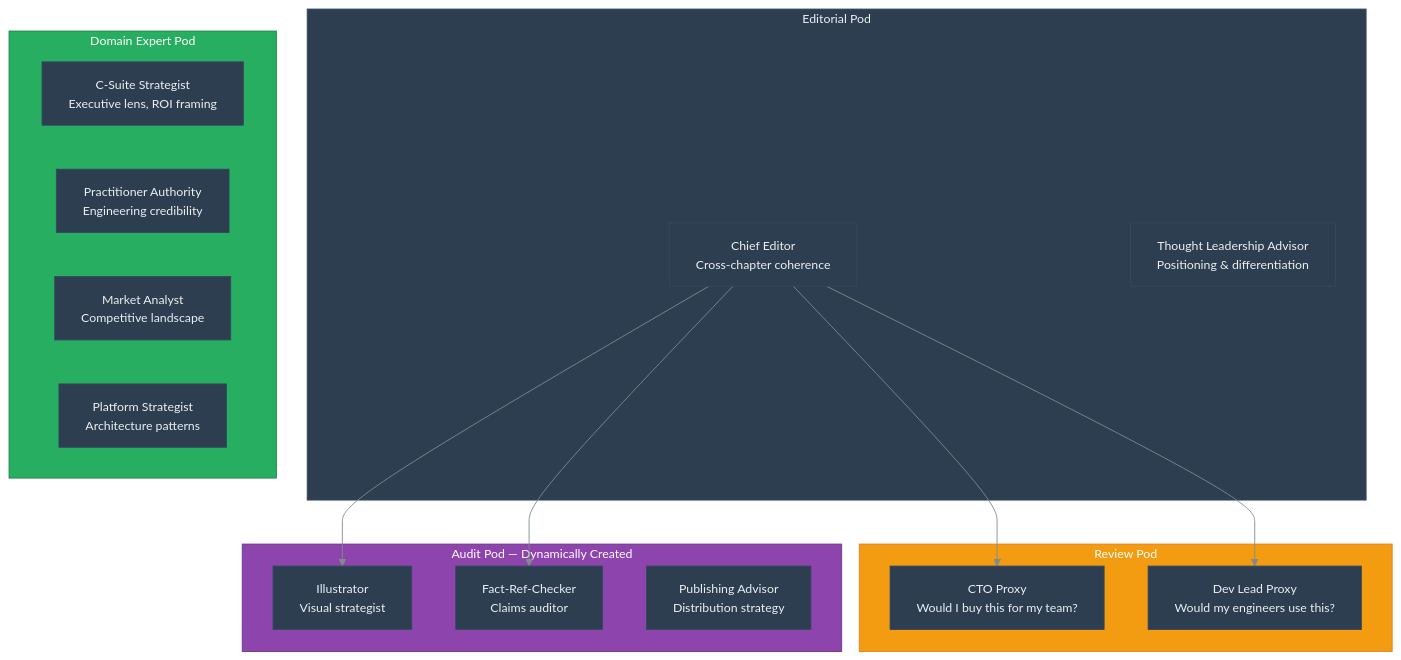
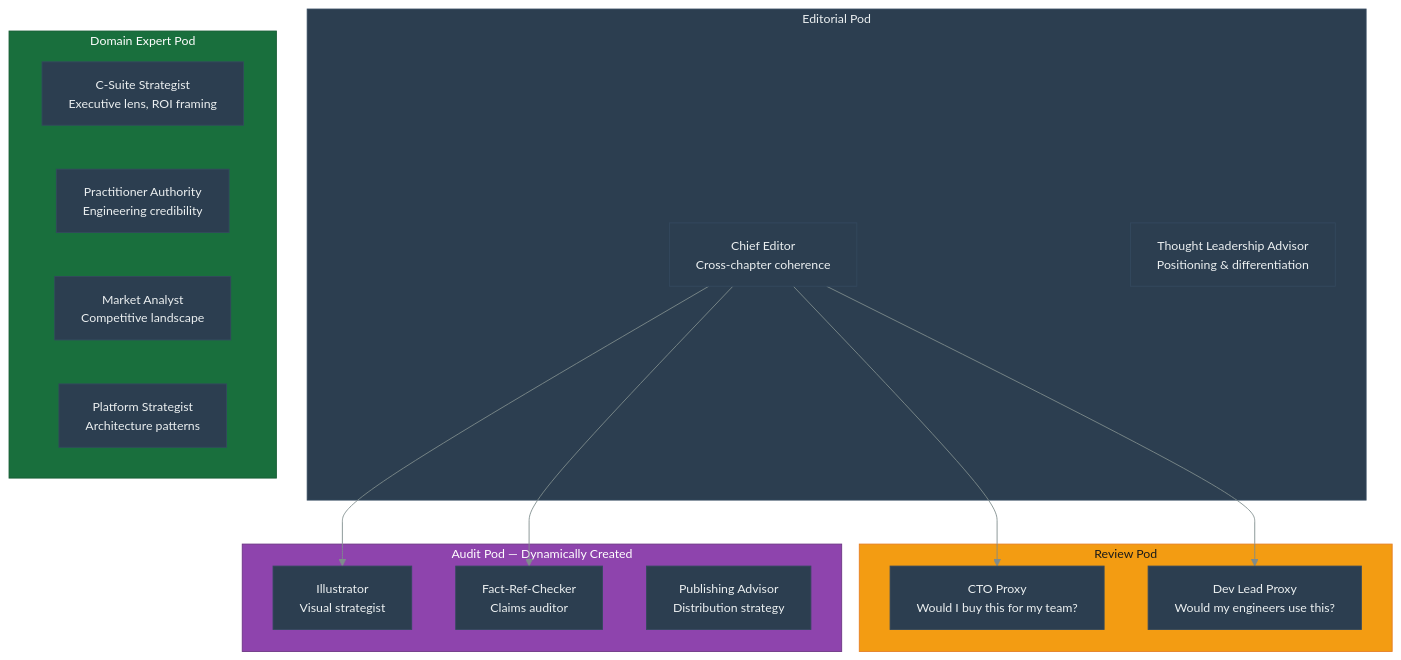
One commit to danielmeppiel/agentic-sdlc-handbook changed the first of 4 diagrams in case-study-handbook-writing.qmd. Above: the diagram before and after it, drawn with Mermaid. The commit also changed other lines of this file and 2 other files, not shown here.

Commit message:
fix: WCAG AA+ contrast compliance for Mermaid diagram colors
- Green #27ae60 + white → #196f3d + white (2.9:1 → 6.2:1)
- Amber #f39c12 + white → #f39c12 + #1a1a1a (2.2:1 → 7.9:1)
- Blue #3498db + white → #2874a6 + white (3.2:1 → 5.1:1)
- secondaryColor #3498db → #2874a6 in all init blocks

Files: 3 case studies, 11 color replacements, 0 in apm-overhaul (already compliant)

````diff
--- a/case-study-handbook-writing.qmd
+++ b/case-study-handbook-writing.qmd
@@ -32,40 +32,40 @@
 ```{mermaid}
 %%| fig-width: 4.5
 %%| fig-cap: "Agent team topology: 11 personas organized in four pods"
 %%| fig-alt: "Diagram showing four pods. The Editorial Pod contains Chief Editor (cross-chapter coherence) and Thought Leadership Advisor (positioning and differentiation). The Domain Expert Pod contains C-Suite Strategist (executive lens, ROI framing), Practitioner Authority (engineering credibility), Market Analyst (competitive landscape), and Platform Strategist (architecture patterns). The Review Pod contains CTO Proxy (would I buy this for my team?) and Dev Lead Proxy (would my engineers use this?). The Audit Pod, dynamically created, contains Illustrator (visual strategist), Fact-Ref-Checker (claims auditor), and Publishing Advisor (distribution strategy). Chief Editor connects to CTO Proxy, Dev Lead Proxy, Illustrator, and Fact-Ref-Checker."
 %%| label: fig-cs-team-topology
-%%{init: {'theme': 'base', 'themeVariables': {'primaryColor': '#2c3e50', 'primaryTextColor': '#ecf0f1', 'primaryBorderColor': '#34495e', 'lineColor': '#7f8c8d', 'secondaryColor': '#3498db', 'tertiaryColor': '#ecf0f1', 'fontSize': '14px'}}}%%
+%%{init: {'theme': 'base', 'themeVariables': {'primaryColor': '#2c3e50', 'primaryTextColor': '#ecf0f1', 'primaryBorderColor': '#34495e', 'lineColor': '#7f8c8d', 'secondaryColor': '#2874a6', 'tertiaryColor': '#ecf0f1', 'fontSize': '14px'}}}%%
 graph TB
     subgraph Editorial["Editorial Pod"]
         CE[Chief Editor<br/>Cross-chapter coherence]
         TLA[Thought Leadership Advisor<br/>Positioning & differentiation]
     end
 
     subgraph Domain["Domain Expert Pod"]
         CS[C-Suite Strategist<br/>Executive lens, ROI framing]
         PA[Practitioner Authority<br/>Engineering credibility]
         MA[Market Analyst<br/>Competitive landscape]
         PS[Platform Strategist<br/>Architecture patterns]
     end
 
     subgraph Review["Review Pod"]
         CTO[CTO Proxy<br/>Would I buy this for my team?]
         DL[Dev Lead Proxy<br/>Would my engineers use this?]
     end
 
     subgraph Audit["Audit Pod — Dynamically Created"]
         IL[Illustrator<br/>Visual strategist]
         FC[Fact-Ref-Checker<br/>Claims auditor]
         PB[Publishing Advisor<br/>Distribution strategy]
     end
 
     CE --> CTO
     CE --> DL
     CE --> IL
     CE --> FC
 
     style Editorial fill:#2c3e50,stroke:#34495e,color:#ecf0f1
-    style Domain fill:#27ae60,stroke:#1e8449,color:#fff
-    style Review fill:#f39c12,stroke:#e67e22,color:#fff
+    style Domain fill:#196f3d,stroke:#145a32,color:#fff
+    style Review fill:#f39c12,stroke:#e67e22,color:#1a1a1a
     style Audit fill:#8e44ad,stroke:#6c3483,color:#fff
 ```
````
